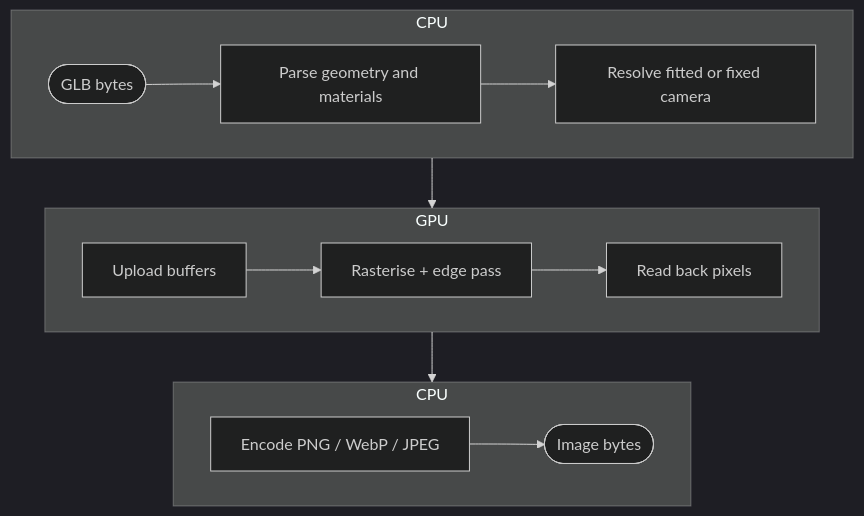
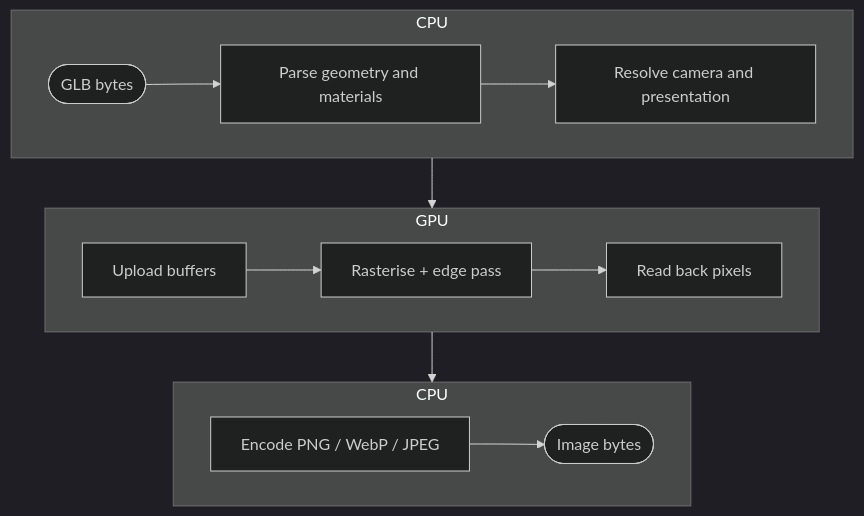
Before and after one commit to taucad/nanoraster: the diagram in docs-site/content/docs/how-it-works.mdx, drawn with Mermaid (dark theme). The commit also changed other lines of this file and 48 other files, not shown here.

````diff
--- a/docs-site/content/docs/how-it-works.mdx
+++ b/docs-site/content/docs/how-it-works.mdx
@@ -16,14 +16,14 @@
 ```mermaid
 flowchart TD
   subgraph CPU1[CPU]
     A([GLB bytes]) --> B[Parse geometry and materials]
-    B --> C[Resolve fitted or fixed camera]
+    B --> C[Resolve camera and presentation]
   end
   subgraph GPU[GPU]
     D[Upload buffers] --> E[Rasterise + edge pass] --> F[Read back pixels]
   end
   subgraph CPU2[CPU]
     G[Encode PNG / WebP / JPEG] --> H([Image bytes])
   end
   CPU1 --> GPU --> CPU2
 ```
````
